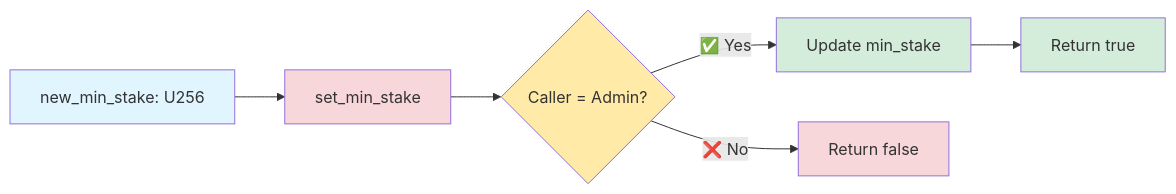
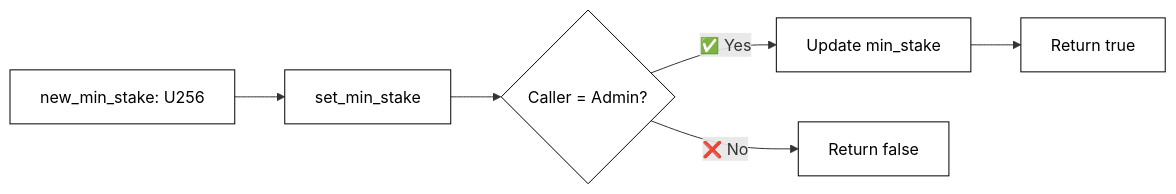
Before and after one commit to PolkaMesh/PolkaMesh-Contracts: the tenth of 17 diagrams in compute_provider_registry/README.md, drawn with Mermaid. The commit also changed other lines of this file and 4 other files, not shown here.

````diff
--- a/compute_provider_registry/README.md
+++ b/compute_provider_registry/README.md
@@ -236,15 +236,15 @@
 ```mermaid
 graph LR
     A[new_min_stake: U256] --> B[set_min_stake]
     B --> C{Caller = Admin?}
     C -->|✅ Yes| D[Update min_stake]
     C -->|❌ No| E[Return false]
     D --> F[Return true]
 
-    style A fill:#e1f5ff
-    style B fill:#f8d7da
-    style C fill:#ffeaa7
-    style D fill:#d4edda
-    style E fill:#f8d7da
-    style F fill:#d4edda
+    style A fill:#ffffff,stroke:#000000,color:#000000
+    style B fill:#ffffff,stroke:#000000,color:#000000
+    style C fill:#ffffff,stroke:#000000,color:#000000
+    style D fill:#ffffff,stroke:#000000,color:#000000
+    style E fill:#ffffff,stroke:#000000,color:#000000
+    style F fill:#ffffff,stroke:#000000,color:#000000
 ```
````
